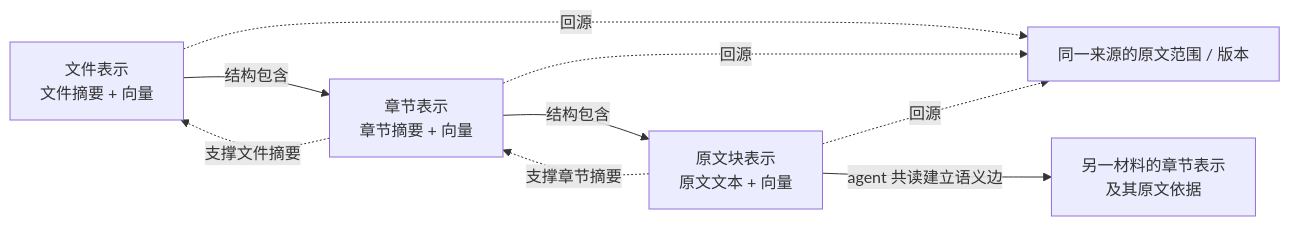
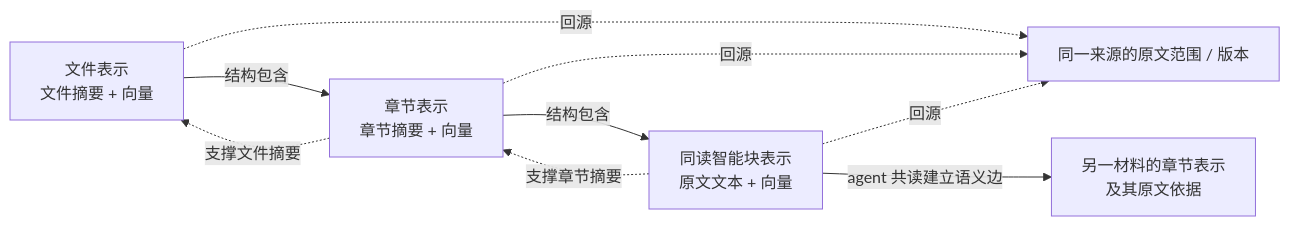
One commit to YS-Pan/basePack changed the second of 3 diagrams in devDoc/tasks/20261106-memory-system/diagrams.md. Above: the diagram before and after it, drawn with Mermaid. The commit also changed other lines of this file and 8 other files, not shown here.

````diff
--- a/devDoc/tasks/20261106-memory-system/diagrams.md
+++ b/devDoc/tasks/20261106-memory-system/diagrams.md
@@ -50,16 +50,16 @@
 ```mermaid
 flowchart LR
   file["文件表示<br/>文件摘要 + 向量"]
   section["章节表示<br/>章节摘要 + 向量"]
-  block["原文块表示<br/>原文文本 + 向量"]
+  block["同读智能块表示<br/>原文文本 + 向量"]
   original["同一来源的原文范围 / 版本"]
   other["另一材料的章节表示<br/>及其原文依据"]
   file -->|结构包含| section
   section -->|结构包含| block
   block -.->|支撑章节摘要| section
   section -.->|支撑文件摘要| file
   file -.->|回源| original
   section -.->|回源| original
   block -.->|回源| original
   block -->|agent 共读建立语义边| other
 ```
````
